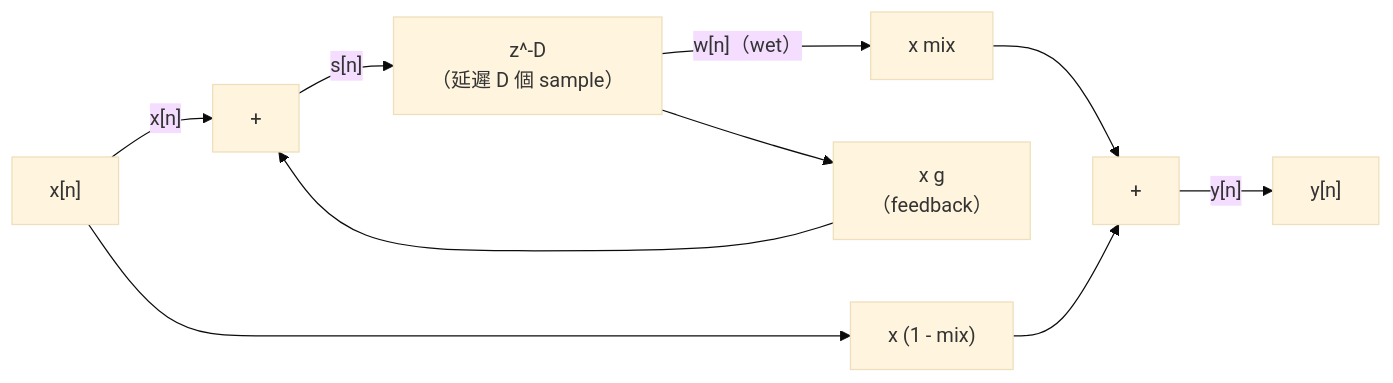
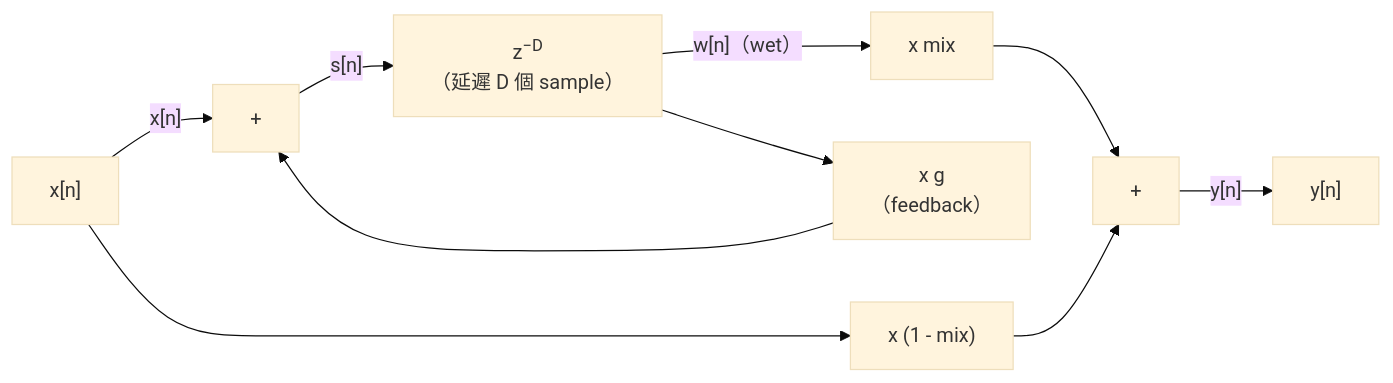
The first of 4 diagrams in lessons/09-delay/README.zh-TW.md (TomHsieh300/DAW-for-fun), drawn with Mermaid (base theme) before and after one commit. The commit also changed other lines of this file and 19 other files, not shown here.

First line of the commit message:
lessons: typeset subscripts and superscripts in Mermaid labels

````diff
--- a/lessons/09-delay/README.zh-TW.md
+++ b/lessons/09-delay/README.zh-TW.md
@@ -261,12 +261,12 @@
 ```mermaid
 flowchart LR
     X["x[n]"] -->|"x[n]"| ADD["#43;"]
-    ADD -->|"s[n]"| DL["z^-D<br/>（延遲 D 個 sample）"]
+    ADD -->|"s[n]"| DL["z<sup>−D</sup><br/>（延遲 D 個 sample）"]
     DL -->|"w[n]（wet）"| MX["x mix"]
     DL --> FB["x g<br/>（feedback）"]
     FB --> ADD
     X --> DRY["x (1 - mix)"]
     DRY --> SUM["#43;"]
     MX --> SUM
     SUM -->|"y[n]"| Y["y[n]"]
 ```
````
